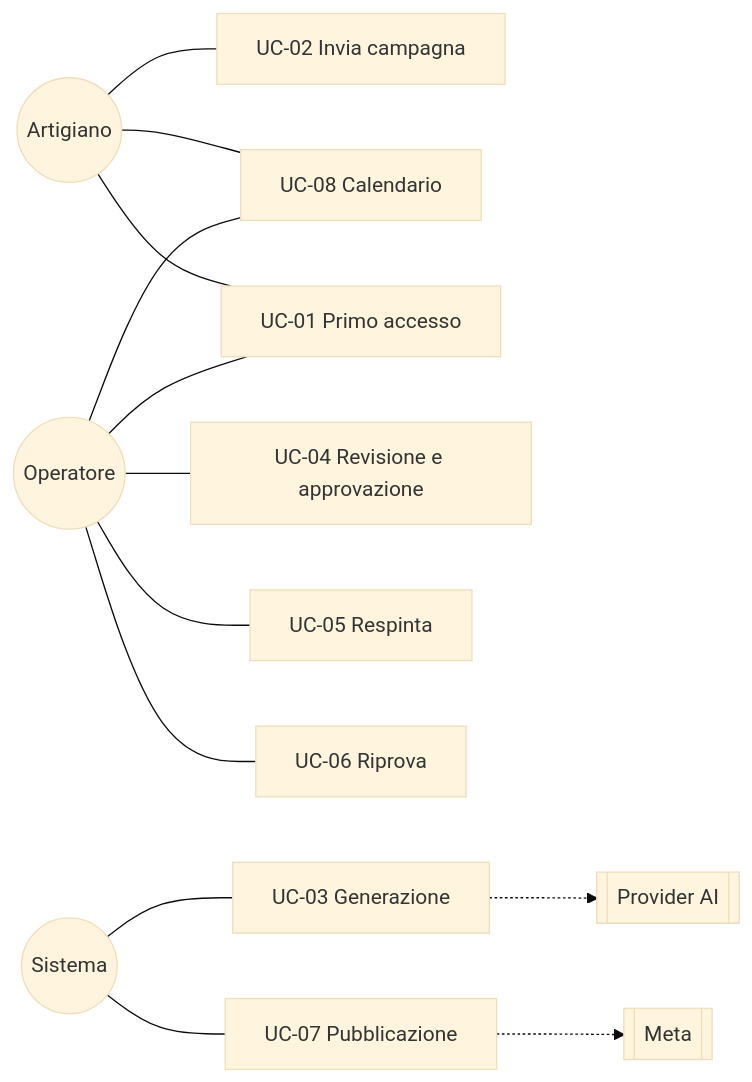
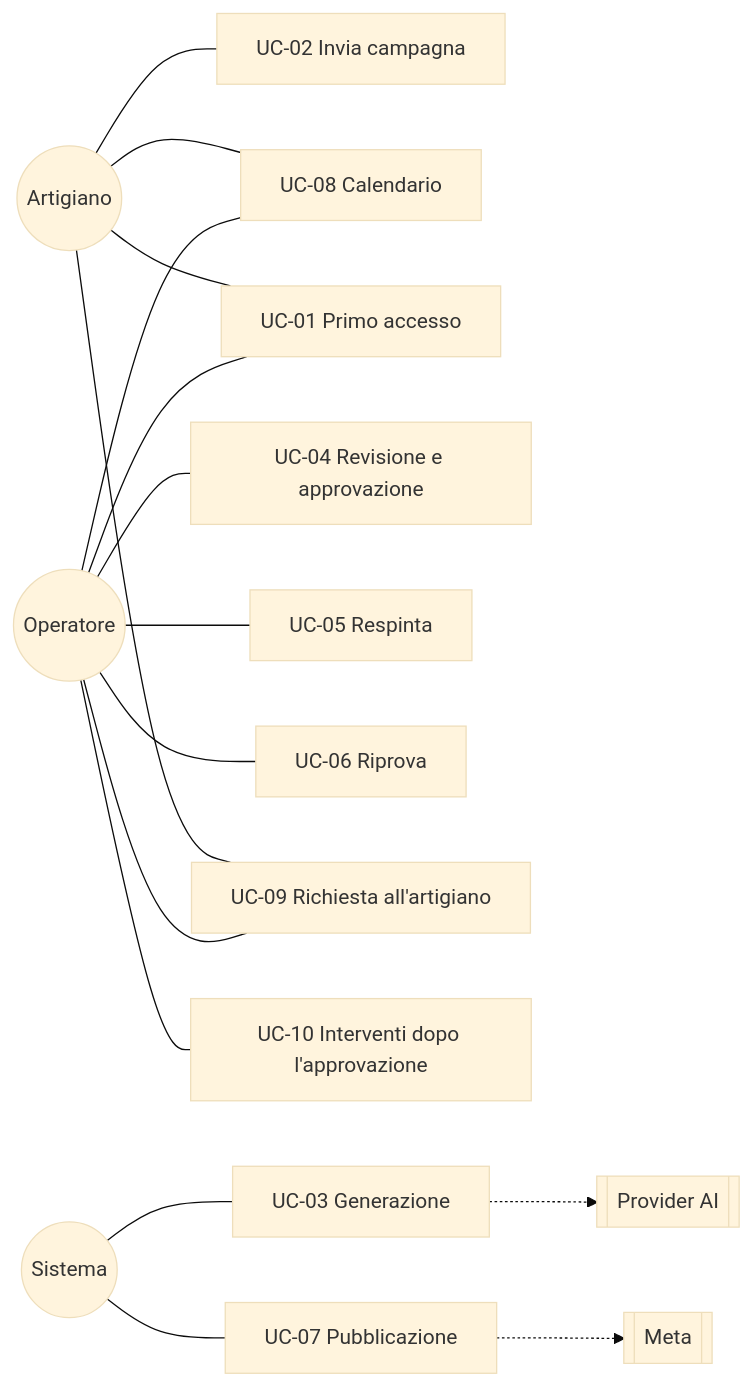
The first of 5 diagrams in docs/proposta-tecnica.md (Full-Stack-AI-ADFlow-Suite-Project/adflow-suite), drawn with Mermaid (base theme) before and after one commit. The commit also changed other lines of this file and 19 other files, not shown here.

First line of the commit message:
docs: corsia 6, interventi dopo l'approvazione e richiesta all'artigiano (T3-60)

````diff
--- a/docs/proposta-tecnica.md
+++ b/docs/proposta-tecnica.md
@@ -96,15 +102,18 @@
 ```mermaid
 flowchart LR
   A((Artigiano)) --- UC2[UC-02 Invia campagna]
   A --- UC8[UC-08 Calendario]
   A --- UC1[UC-01 Primo accesso]
   O((Operatore)) --- UC1
   O --- UC4[UC-04 Revisione e approvazione]
   O --- UC5[UC-05 Respinta]
   O --- UC6[UC-06 Riprova]
   O --- UC8
+  A --- UC9[UC-09 Richiesta all'artigiano]
+  O --- UC9
+  O --- UC10[UC-10 Interventi dopo l'approvazione]
   S((Sistema)) --- UC3[UC-03 Generazione]
   S --- UC7[UC-07 Pubblicazione]
   UC3 -.-> AI[[Provider AI]]
   UC7 -.-> M[[Meta]]
 ```
````
